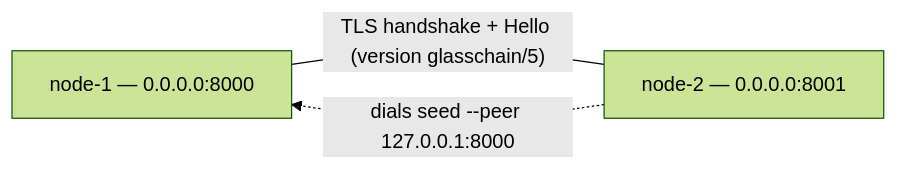
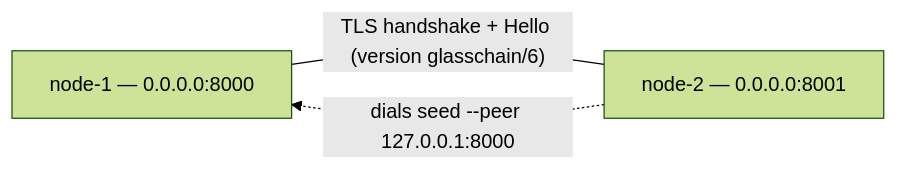
The diagram in docs/operations.md (dbbvitor/GlassChain), drawn with Mermaid (forest theme) before and after one commit. The commit also changed other lines of this file and 16 other files, not shown here.

````diff
--- a/docs/operations.md
+++ b/docs/operations.md
@@ -138,5 +138,5 @@
 ```mermaid
 graph LR
-    A["node-1 — 0.0.0.0:8000"] ---|"TLS handshake + Hello (version glasschain/5)"| B["node-2 — 0.0.0.0:8001"]
+    A["node-1 — 0.0.0.0:8000"] ---|"TLS handshake + Hello (version glasschain/6)"| B["node-2 — 0.0.0.0:8001"]
     B -. "dials seed --peer 127.0.0.1:8000" .-> A
 ```
````
